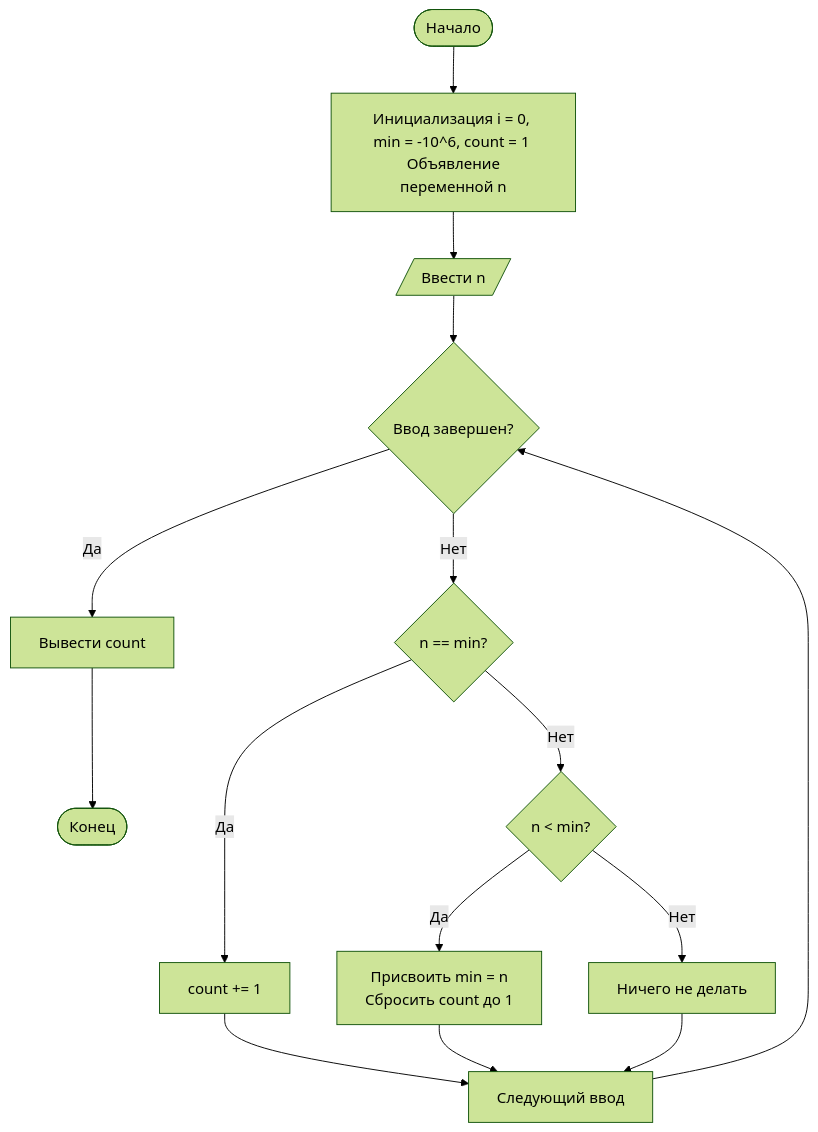
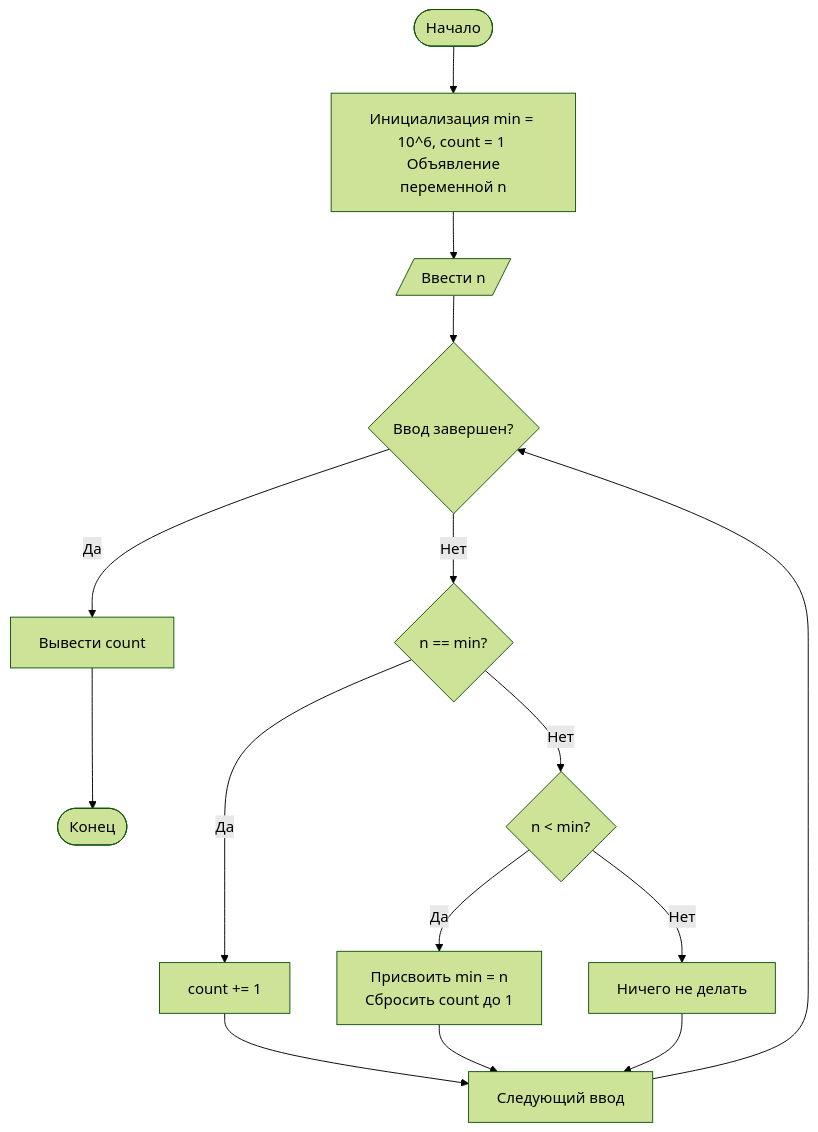
Before and after one commit to Krastti/Homework-C: the tenth of 12 diagrams in README.md, drawn with Mermaid (forest theme). The commit also changed other lines of this file and 1 other file, not shown here.

````diff
--- a/README.md
+++ b/README.md
@@ -159,15 +159,15 @@
 ``` mermaid
 flowchart TD
-    A([Начало]) --> B[Инициализация i = 0, min = -10^6, count = 1 <br> Объявление переменной n]
+    A([Начало]) --> B[Инициализация min = 10^6, count = 1 <br> Объявление переменной n]
     B --> C[/Ввести n/] --> D{Ввод завершен?}
     D -- Да --> F[Вывести count] --> G([Конец])
     D -- Нет --> I{n == min?}
     I -- Да --> J[count += 1]
     I -- Нет --> K{n < min?}
     K -- Да --> L[Присвоить min = n <br> Сбросить count до 1]
     K -- Нет --> M[Ничего не делать]
     J --> N[Следующий ввод]
     L --> N
     M --> N
     N --> D
 ```
````
